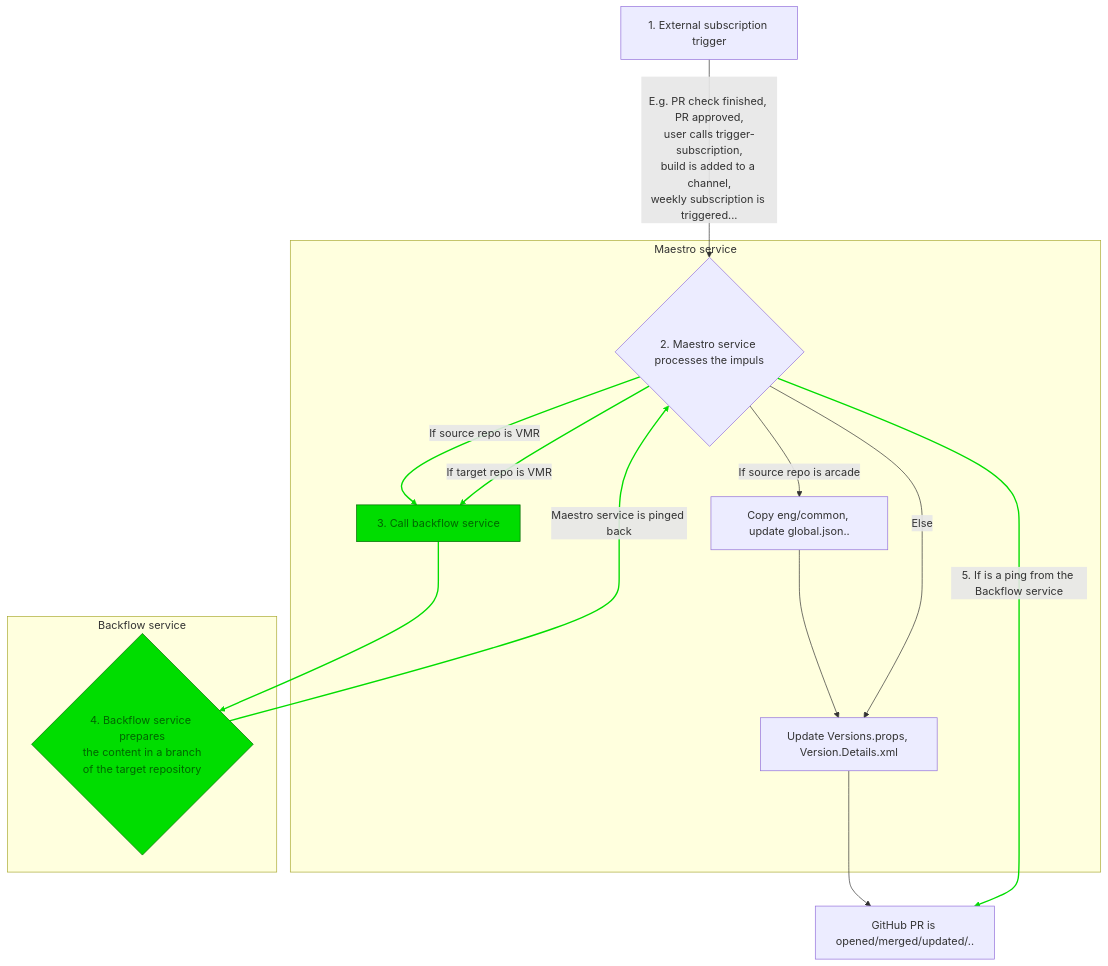
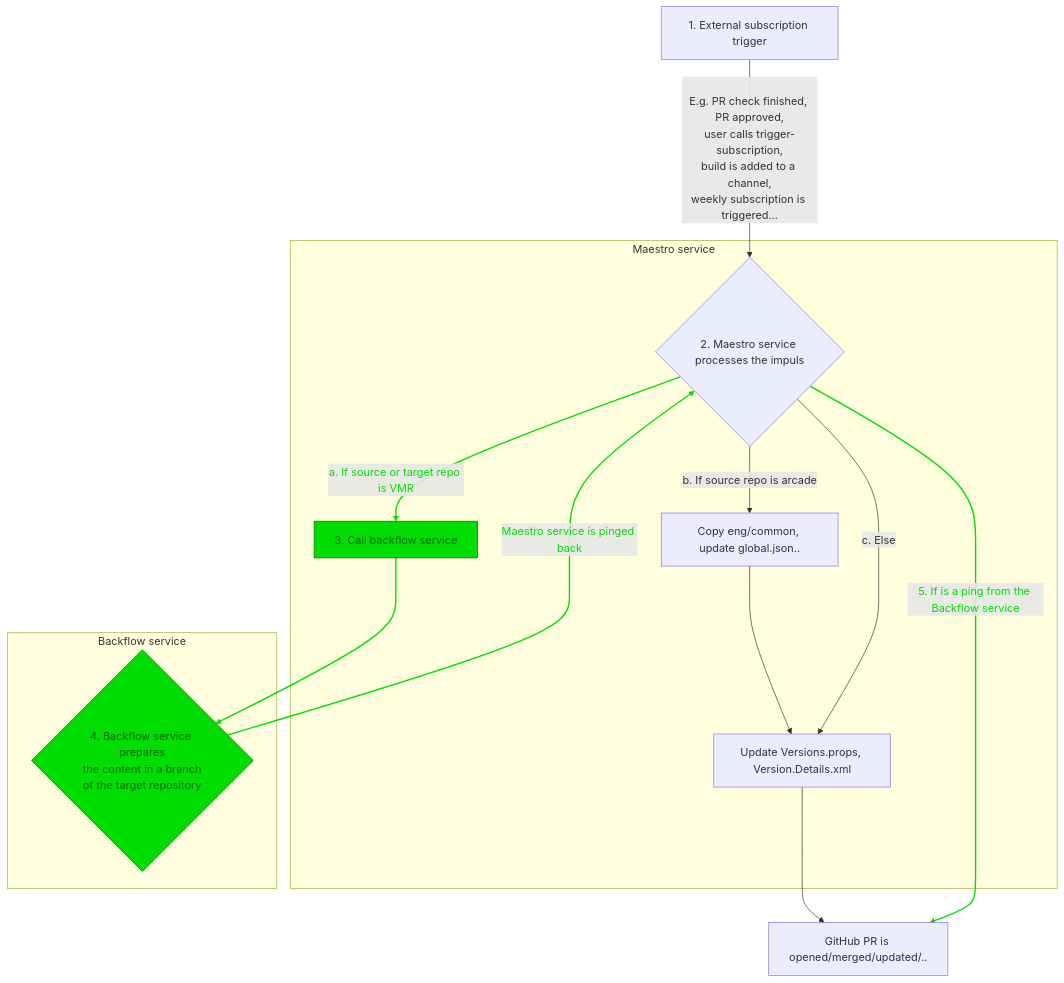
One commit to dotnet/arcade changed the third of 5 diagrams in Documentation/UnifiedBuild/Full-Code-Flow.md. Above: the diagram before and after it, drawn with Mermaid.

Commit message:
Fix high-level diagram

````diff
--- a/Documentation/UnifiedBuild/Full-Code-Flow.md
+++ b/Documentation/UnifiedBuild/Full-Code-Flow.md
@@ -105,35 +105,34 @@
 ```mermaid
 flowchart
   SubscriptionTrigger[1. External subscription trigger]
   EngCommon[Copy eng/common, update global.json..]
   VersionFiles[Update Versions.props, Version.Details.xml]
 
   SubscriptionTrigger--\nE.g. PR check finished, PR approved,\nuser calls trigger-subscription,\nbuild is added to a channel,\nweekly subscription is triggered... -->Maestro
 
   CallBackflowService[3. Call backflow service]
   GitHubPR[GitHub PR is opened/merged/updated/..]
 
   subgraph Maestro service
     Maestro{2. Maestro service processes the impuls}
-    Maestro--If source repo is arcade-->EngCommon
 
     EngCommon-->VersionFiles
-    Maestro--If source repo is VMR-->CallBackflowService
-    Maestro--If target repo is VMR-->CallBackflowService
-    Maestro--Else-->VersionFiles
+    Maestro--a. If source or target repo is VMR-->CallBackflowService
+    Maestro--b. If source repo is arcade-->EngCommon
+    Maestro--c. Else-->VersionFiles
   end
 
   subgraph Backflow service
     Backflow{4. Backflow service prepares\nthe content in a branch\nof the target repository}
     Backflow--Maestro service is pinged back-->Maestro
   end
 
   CallBackflowService-->Backflow
 
   VersionFiles-->GitHubPR
   Maestro--5. If is a ping from the Backflow service-->GitHubPR
 
   classDef New fill:#00DD00,stroke:#006600,stroke-width:1px,color:#006600
   class CallBackflowService,Backflow,VmrChangesPushed New
-  linkStyle 3,4,6,7,9 stroke-width:2px,fill:none,stroke:#00DD00
+  linkStyle 2,5,6,8 stroke-width:2px,fill:none,stroke:#00DD00,color:#00DD00
 ```
````
